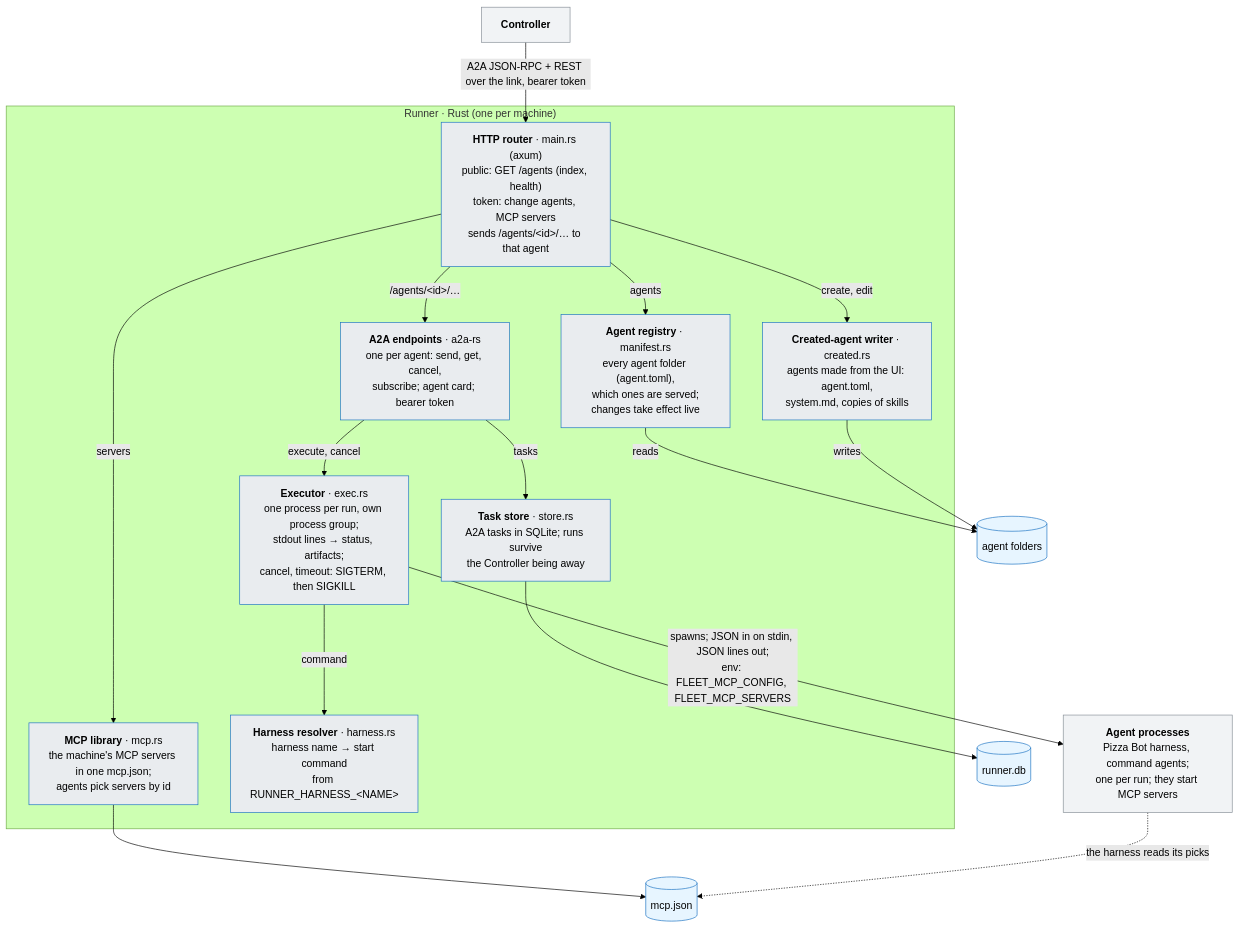
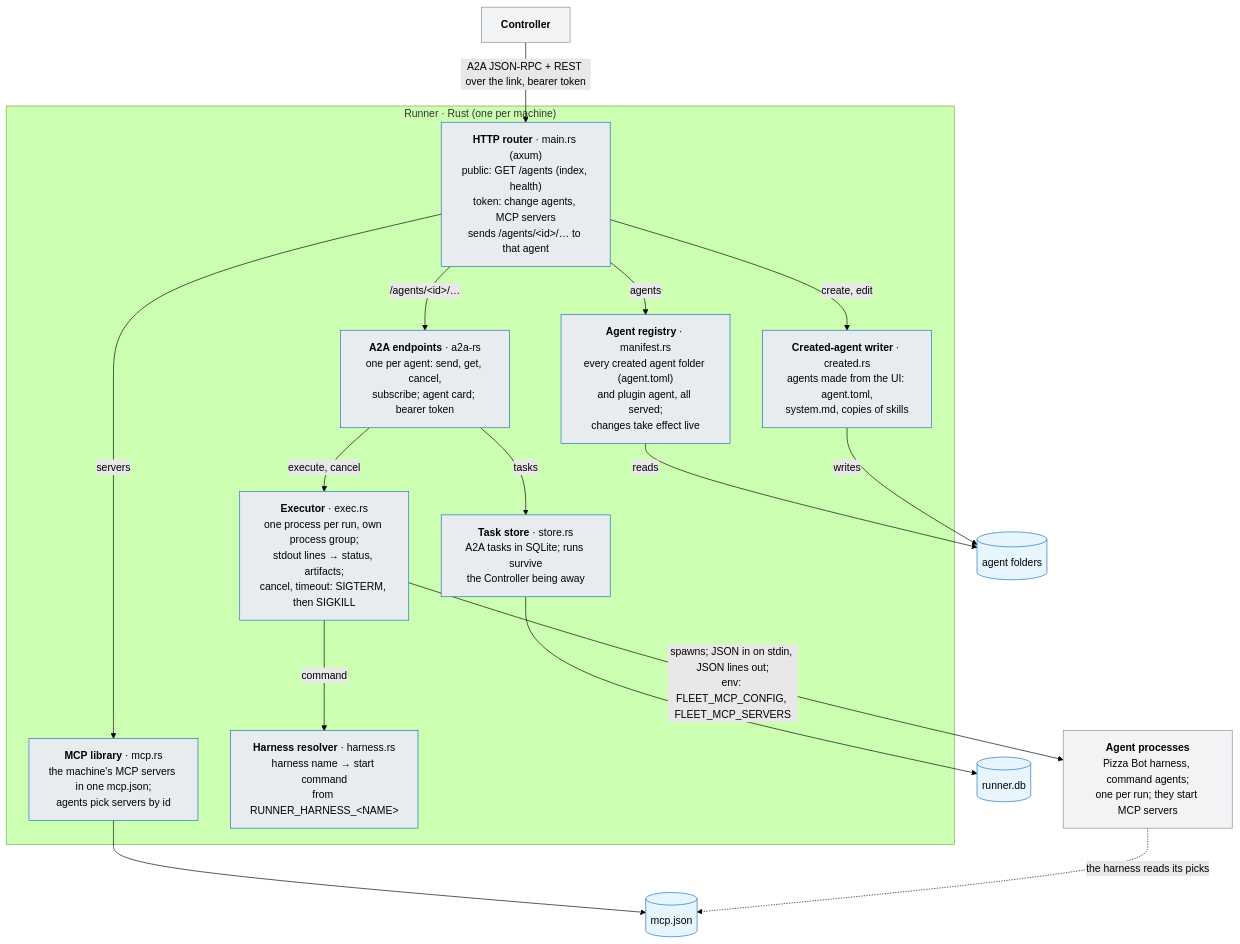
The diagram in experimental/fleet/design/c3-runner.md (igorfil/pizza-bot), drawn with Mermaid (forest theme) before and after one commit. The commit also changed 65 other files, not shown here.

````diff
--- a/experimental/fleet/design/c3-runner.md
+++ b/experimental/fleet/design/c3-runner.md
@@ -6,42 +6,42 @@
 ```mermaid
 flowchart TB
   controller["<b>Controller</b>"]
 
   subgraph runner["Runner · Rust (one per machine)"]
     mcplib["<b>MCP library</b> · mcp.rs<br/>the machine's MCP servers in one mcp.json;<br/>agents pick servers by id"]
     router["<b>HTTP router</b> · main.rs (axum)<br/>public: GET /agents (index, health)<br/>token: change agents, MCP servers<br/>sends /agents/&lt;id&gt;/… to that agent"]
-    registry["<b>Agent registry</b> · manifest.rs<br/>every agent folder (agent.toml),<br/>which ones are served;<br/>changes take effect live"]
+    registry["<b>Agent registry</b> · manifest.rs<br/>every created agent folder (agent.toml)<br/>and plugin agent, all served;<br/>changes take effect live"]
     resolver["<b>Harness resolver</b> · harness.rs<br/>harness name → start command<br/>from RUNNER_HARNESS_&lt;NAME&gt;"]
     endpoints["<b>A2A endpoints</b> · a2a-rs<br/>one per agent: send, get, cancel,<br/>subscribe; agent card; bearer token"]
     writer["<b>Created-agent writer</b> · created.rs<br/>agents made from the UI: agent.toml,<br/>system.md, copies of skills"]
     executor["<b>Executor</b> · exec.rs<br/>one process per run, own process group;<br/>stdout lines → status, artifacts;<br/>cancel, timeout: SIGTERM, then SIGKILL"]
     taskstore["<b>Task store</b> · store.rs<br/>A2A tasks in SQLite; runs survive<br/>the Controller being away"]
   end
 
   mcpjson[("mcp.json")]
   folders[("agent folders")]
   runnerdb[("runner.db")]
   agents["<b>Agent processes</b><br/>Pizza Bot harness, command agents;<br/>one per run; they start MCP servers"]
 
   controller -- "A2A JSON-RPC + REST over the link, bearer token" --> router
   router -- servers --> mcplib
   router -- agents --> registry
   router -- "/agents/&lt;id&gt;/…" --> endpoints
   router -- create, edit --> writer
   endpoints -- execute, cancel --> executor
   endpoints -- tasks --> taskstore
   executor -- command --> resolver
   mcplib --> mcpjson
   registry -- reads --> folders
   writer -- writes --> folders
   taskstore --> runnerdb
   executor -- "spawns; JSON in on stdin, JSON lines out;<br/>env: FLEET_MCP_CONFIG, FLEET_MCP_SERVERS" --> agents
   agents -. "the harness reads its picks" .-> mcpjson
 
   classDef ours fill:#e9ecef,stroke:#1971c2
   classDef store fill:#e7f5ff,stroke:#1971c2
   classDef external fill:#f1f3f5,stroke:#868e96
   class mcplib,router,registry,resolver,endpoints,writer,executor,taskstore ours
   class mcpjson,folders,runnerdb store
   class controller,agents external
 ```
````
